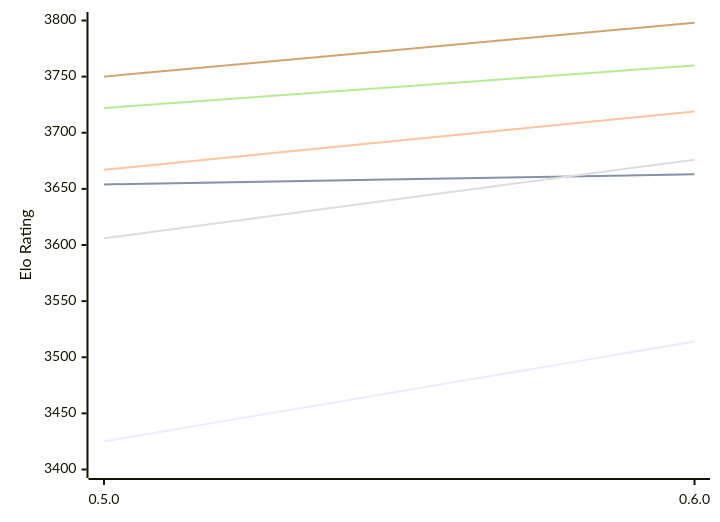
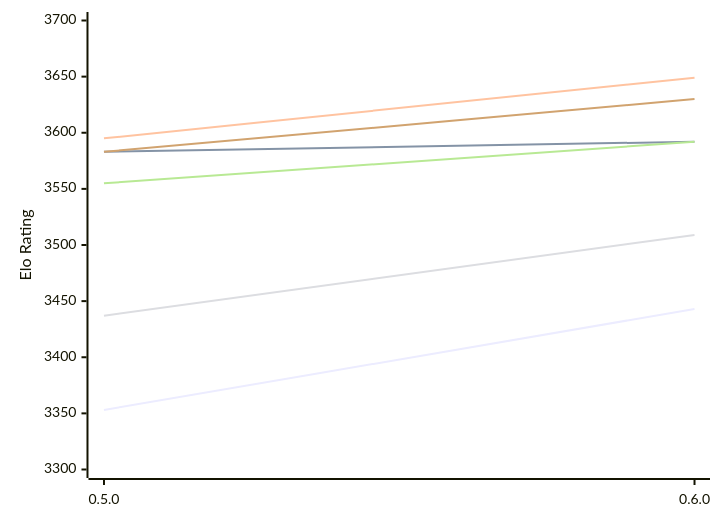
The diagram in engines/Incipit.md (computer-chess-index/cci), drawn with Mermaid before and after one commit. The commit also changed other lines of this file, not shown here.

Commit message:
Update CCI Ratings (ELO VLTC) - 2026-11-13

````diff
--- a/engines/Incipit.md
+++ b/engines/Incipit.md
@@ -49,12 +49,12 @@
 ```mermaid
 %%{init: {"theme":"base","themeVariables":{"seriesColors:['#a3a3a3','#222221','#faa371']}}}%%
 xychart-beta
   x-axis ["0.5.0", "0.6.0"]
-  y-axis "Elo Rating" 3400 --> 3800
-  line "E1: STC (8.0+0.08s)" [3425, 3514]
-  line "E1: LTC (60.0+0.60s)" [3654, 3663]
-  line "E1: VLTC (2m24s+1.12s)" [3667, 3719]
-  line "P1: STC (8.0+0.08s)" [3606, 3676]
-  line "P1: LTC (60.0+0.60s)" [3722, 3760]
-  line "P1: VLTC (2m24s+1.12s)" [3750, 3798]
+  y-axis "Elo Rating" 3300 --> 3700
+  line "E1: STC (8.0+0.08s)" [3353, 3443]
+  line "E1: LTC (60.0+0.60s)" [3583, 3592]
+  line "E1: VLTC (2m24s+1.12s)" [3595, 3649]
+  line "P1: STC (8.0+0.08s)" [3437, 3509]
+  line "P1: LTC (60.0+0.60s)" [3555, 3592]
+  line "P1: VLTC (2m24s+1.12s)" [3583, 3630]
 ```
````
